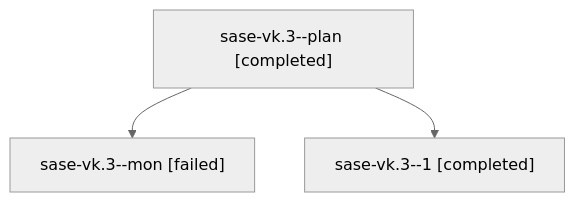
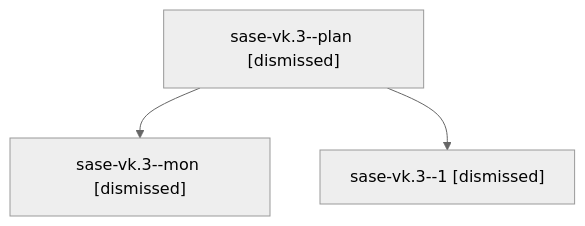
The diagram in families/bbugyi200.athena.sase-vk.3.md (sase-org/sase--agents), drawn with Mermaid (neutral theme) before and after one commit. The commit also changed other lines of this file and 47 other files, not shown here.

````diff
--- a/families/bbugyi200.athena.sase-vk.3.md
+++ b/families/bbugyi200.athena.sase-vk.3.md
@@ -9,8 +9,8 @@
 ```mermaid
 flowchart TD
-  n0["sase-vk.3--plan [completed]"]
-  n1["sase-vk.3--mon [failed]"]
+  n0["sase-vk.3--plan [dismissed]"]
+  n1["sase-vk.3--mon [dismissed]"]
   n0 --> n1
-  n2["sase-vk.3--1 [completed]"]
+  n2["sase-vk.3--1 [dismissed]"]
   n0 --> n2
 ```
````
